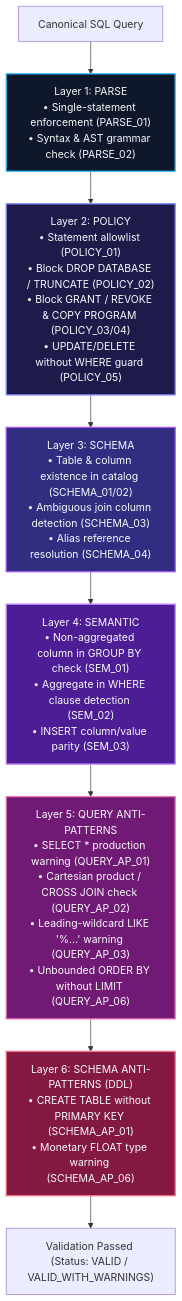
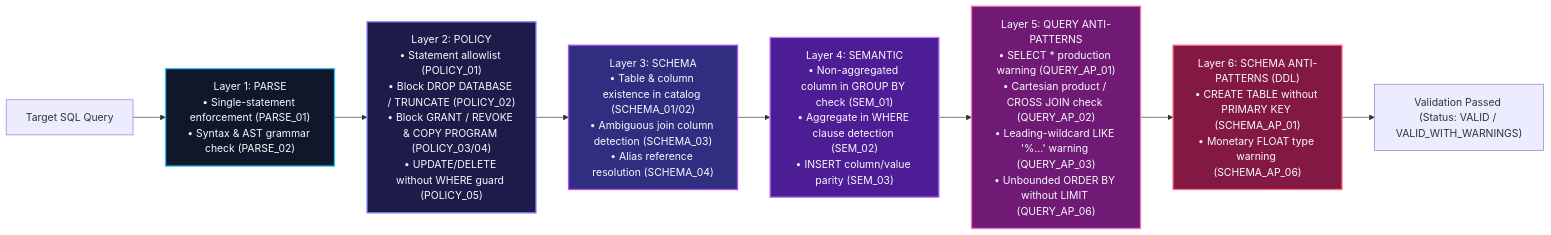
One commit to VanshikaKritiSingh/NL2SQL changed the third of 4 diagrams in README.md. Above: the diagram before and after it, drawn with Mermaid. The commit also changed other lines of this file and 18 other files, not shown here.

````diff
--- a/README.md
+++ b/README.md
@@ -181,17 +231,17 @@
 ```mermaid
-flowchart TD
+flowchart LR
     classDef l1 fill:#0f172a,stroke:#38bdf8,stroke-width:2px,color:#f8fafc;
     classDef l2 fill:#1e1b4b,stroke:#818cf8,stroke-width:2px,color:#f8fafc;
     classDef l3 fill:#312e81,stroke:#a855f7,stroke-width:2px,color:#f8fafc;
     classDef l4 fill:#4c1d95,stroke:#c084fc,stroke-width:2px,color:#f8fafc;
     classDef l5 fill:#701a75,stroke:#f472b6,stroke-width:2px,color:#f8fafc;
     classDef l6 fill:#831843,stroke:#fb7185,stroke-width:2px,color:#f8fafc;
 
-    Q[Canonical SQL Query] --> L1["Layer 1: PARSE<br/>• Single-statement enforcement (PARSE_01)<br/>• Syntax & AST grammar check (PARSE_02)"]:::l1
+    Q[Target SQL Query] --> L1["Layer 1: PARSE<br/>• Single-statement enforcement (PARSE_01)<br/>• Syntax & AST grammar check (PARSE_02)"]:::l1
     L1 --> L2["Layer 2: POLICY<br/>• Statement allowlist (POLICY_01)<br/>• Block DROP DATABASE / TRUNCATE (POLICY_02)<br/>• Block GRANT / REVOKE & COPY PROGRAM (POLICY_03/04)<br/>• UPDATE/DELETE without WHERE guard (POLICY_05)"]:::l2
     L2 --> L3["Layer 3: SCHEMA<br/>• Table & column existence in catalog (SCHEMA_01/02)<br/>• Ambiguous join column detection (SCHEMA_03)<br/>• Alias reference resolution (SCHEMA_04)"]:::l3
     L3 --> L4["Layer 4: SEMANTIC<br/>• Non-aggregated column in GROUP BY check (SEM_01)<br/>• Aggregate in WHERE clause detection (SEM_02)<br/>• INSERT column/value parity (SEM_03)"]:::l4
     L4 --> L5["Layer 5: QUERY ANTI-PATTERNS<br/>• SELECT * production warning (QUERY_AP_01)<br/>• Cartesian product / CROSS JOIN check (QUERY_AP_02)<br/>• Leading-wildcard LIKE '%...' warning (QUERY_AP_03)<br/>• Unbounded ORDER BY without LIMIT (QUERY_AP_06)"]:::l5
     L5 --> L6["Layer 6: SCHEMA ANTI-PATTERNS (DDL)<br/>• CREATE TABLE without PRIMARY KEY (SCHEMA_AP_01)<br/>• Monetary FLOAT type warning (SCHEMA_AP_06)"]:::l6
     L6 --> PASS["Validation Passed (Status: VALID / VALID_WITH_WARNINGS)"]
 ```
````
